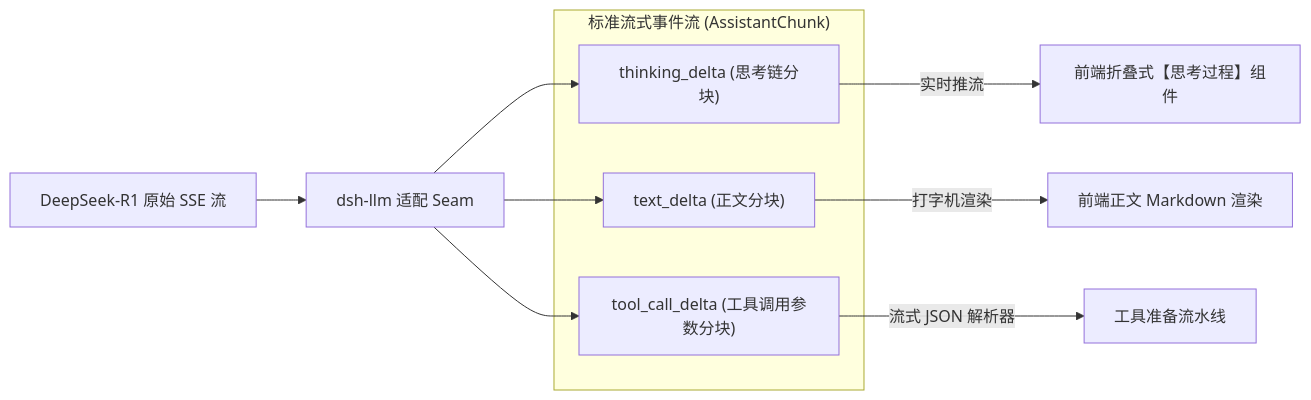
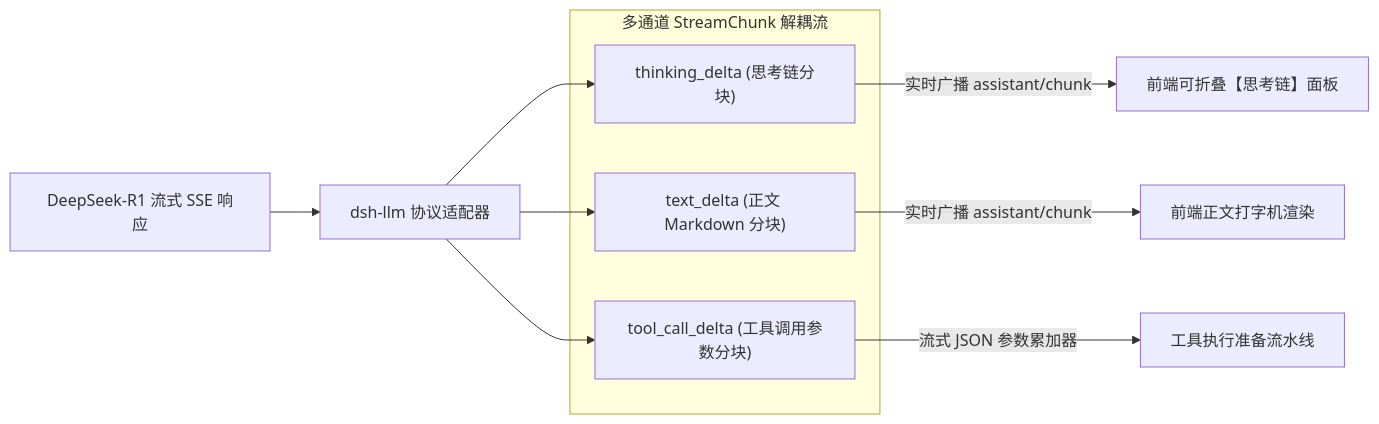
The first of 3 diagrams in content/posts/dsh-05-llm-streaming-and-compaction.md (MoreConsequence/MoreConsequence.github.io), drawn with Mermaid before and after one commit. The commit also changed other lines of this file and 11 other files, not shown here.

Commit message:
feat(blog): 全面扩充并深化 DeepSeek DSH 与 ORACT 双系列文章（每篇知识量扩充 3 倍+）

````diff
--- a/content/posts/dsh-05-llm-streaming-and-compaction.md
+++ b/content/posts/dsh-05-llm-streaming-and-compaction.md
@@ -23,18 +23,18 @@
 ```mermaid
 flowchart LR
-    DeepSeekAPI["DeepSeek-R1 原始 SSE 流"] --> Adapter["dsh-llm 适配 Seam"]
+    DeepSeekSSE["DeepSeek-R1 流式 SSE 响应"] --> Adapter["dsh-llm 协议适配器"]
     
-    subgraph EventStream["标准流式事件流 (AssistantChunk)"]
+    subgraph MultiChannel["多通道 StreamChunk 解耦流"]
         TDelta["thinking_delta (思考链分块)"]
-        FDelta["text_delta (正文分块)"]
+        FDelta["text_delta (正文 Markdown 分块)"]
         ToolDelta["tool_call_delta (工具调用参数分块)"]
     end
     
     Adapter --> TDelta
     Adapter --> FDelta
     Adapter --> ToolDelta
     
-    TDelta -->|"实时推流"| WebUIThinking["前端折叠式【思考过程】组件"]
-    FDelta -->|"打字机渲染"| WebUIMarkdown["前端正文 Markdown 渲染"]
-    ToolDelta -->|"流式 JSON 解析器"| ToolExecutor["工具准备流水线"]
+    TDelta -->|"实时广播 assistant/chunk"| WebUIThinking["前端可折叠【思考链】面板"]
+    FDelta -->|"实时广播 assistant/chunk"| WebUIMarkdown["前端正文打字机渲染"]
+    ToolDelta -->|"流式 JSON 参数累加器"| ToolExecutor["工具执行准备流水线"]
 ```
````
